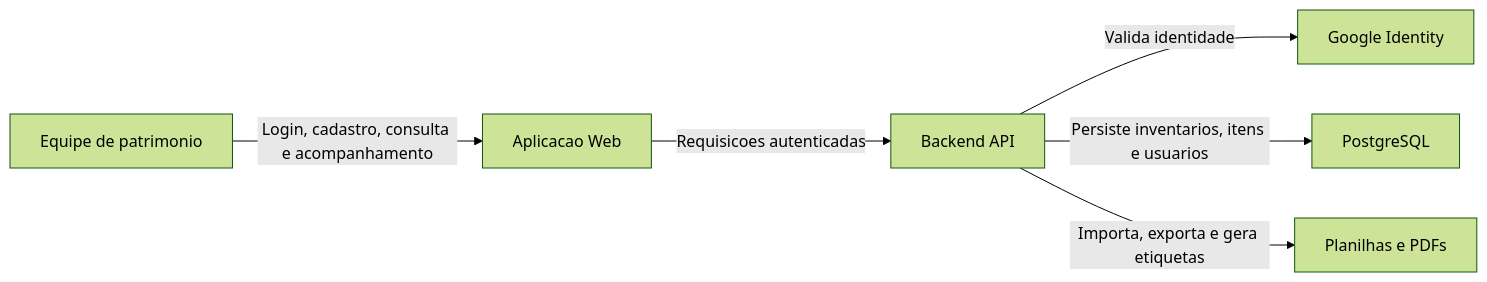
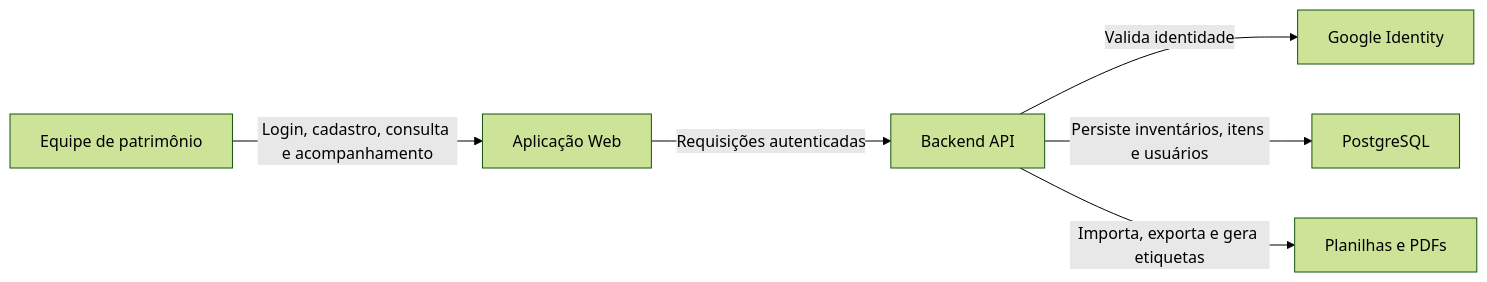
One commit to ifpebj-ti/inventario-patrimonio-cces changed the diagram in docs/wiki/Documento-de-Visao.md. Above: the diagram before and after it, drawn with Mermaid (forest theme). The commit also changed other lines of this file and 22 other files, not shown here.

````diff
--- a/docs/wiki/Documento-de-Visao.md
+++ b/docs/wiki/Documento-de-Visao.md
@@ -70,15 +70,15 @@
 ```mermaid
 flowchart LR
-    equipe["Equipe de patrimonio"]
-    web["Aplicacao Web"]
+    equipe["Equipe de patrimônio"]
+    web["Aplicação Web"]
     api["Backend API"]
     banco["PostgreSQL"]
     google["Google Identity"]
     arquivos["Planilhas e PDFs"]
 
     equipe -->|"Login, cadastro, consulta e acompanhamento"| web
-    web -->|"Requisicoes autenticadas"| api
+    web -->|"Requisições autenticadas"| api
     api -->|"Valida identidade"| google
-    api -->|"Persiste inventarios, itens e usuarios"| banco
+    api -->|"Persiste inventários, itens e usuários"| banco
     api -->|"Importa, exporta e gera etiquetas"| arquivos
 ```
````
